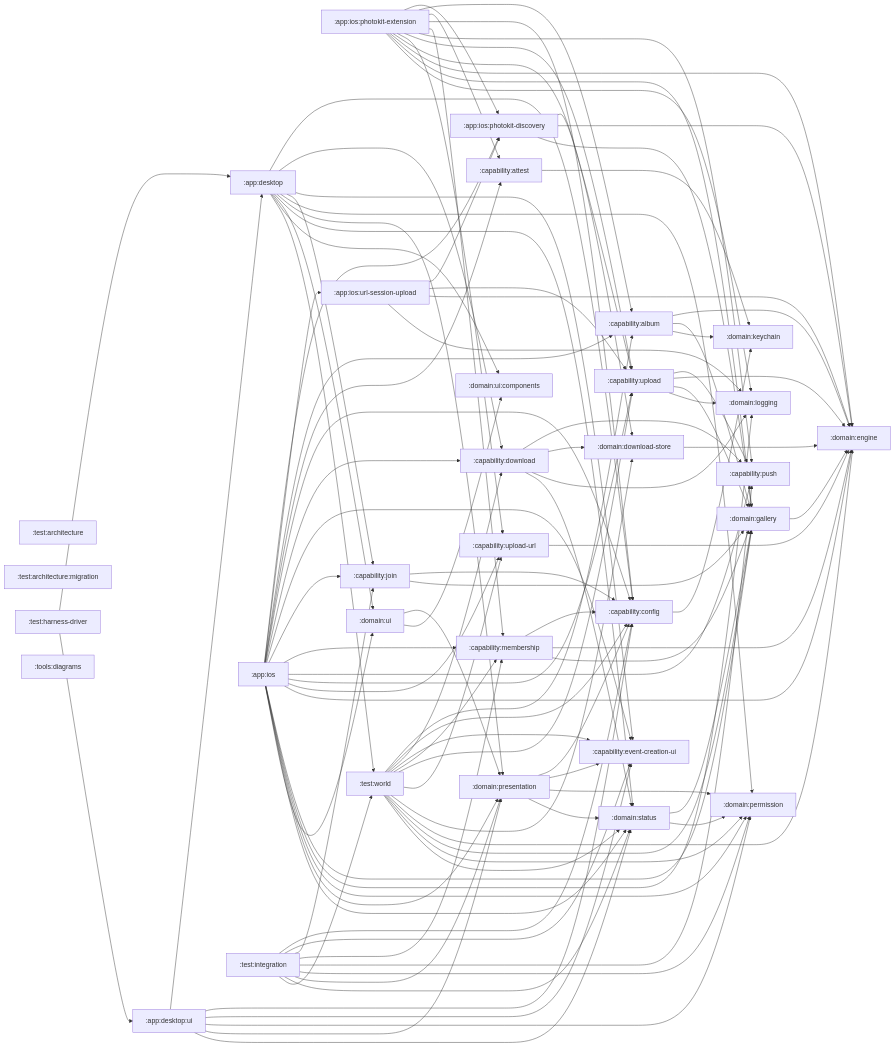
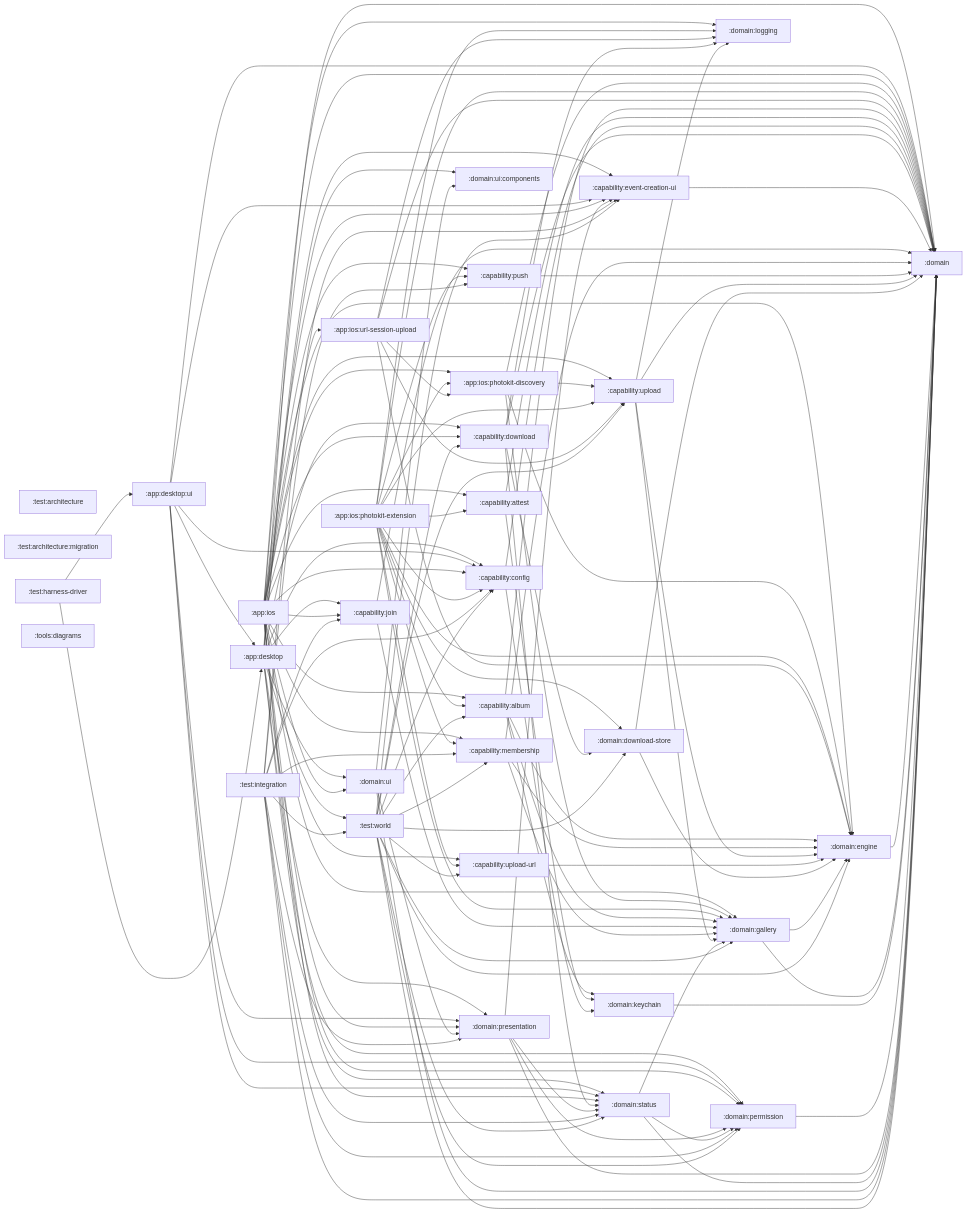
The diagram in architecture/modules.md (stefanhoelzl/SnapSync), drawn with Mermaid before and after one commit. The commit also changed 220 other files, not shown here.

First line of the commit message:
feat(architecture): migration step 3a (2/2) — the import-fix commit

```diff
--- a/architecture/modules.md
+++ b/architecture/modules.md
@@ -22,6 +22,7 @@
   capability_push[":capability:push"]
   capability_upload[":capability:upload"]
   capability_upload_url[":capability:upload-url"]
+  domain[":domain"]
   domain_download_store[":domain:download-store"]
   domain_engine[":domain:engine"]
   domain_gallery[":domain:gallery"]
@@ -42,6 +43,7 @@
   app_desktop --> capability_download
   app_desktop --> capability_event_creation_ui
   app_desktop --> capability_join
+  app_desktop --> domain
   app_desktop --> domain_permission
   app_desktop --> domain_presentation
   app_desktop --> domain_status
@@ -51,6 +53,7 @@
   app_desktop_ui --> app_desktop
   app_desktop_ui --> capability_config
   app_desktop_ui --> capability_event_creation_ui
+  app_desktop_ui --> domain
   app_desktop_ui --> domain_permission
   app_desktop_ui --> domain_presentation
   app_desktop_ui --> domain_status
@@ -66,6 +69,7 @@
   app_ios --> capability_push
   app_ios --> capability_upload
   app_ios --> capability_upload_url
+  app_ios --> domain
   app_ios --> domain_engine
   app_ios --> domain_gallery
   app_ios --> domain_logging
@@ -74,6 +78,7 @@
   app_ios --> domain_status
   app_ios --> domain_ui
   app_ios_photokit_discovery --> capability_upload
+  app_ios_photokit_discovery --> domain
   app_ios_photokit_discovery --> domain_engine
   app_ios_photokit_discovery --> domain_gallery
   app_ios_photokit_extension --> app_ios_photokit_discovery
@@ -84,41 +89,55 @@
   app_ios_photokit_extension --> capability_push
   app_ios_photokit_extension --> capability_upload
   app_ios_photokit_extension --> capability_upload_url
+  app_ios_photokit_extension --> domain
   app_ios_photokit_extension --> domain_download_store
   app_ios_photokit_extension --> domain_engine
   app_ios_photokit_extension --> domain_gallery
   app_ios_photokit_extension --> domain_logging
   app_ios_url_session_upload --> app_ios_photokit_discovery
   app_ios_url_session_upload --> capability_upload
+  app_ios_url_session_upload --> domain
   app_ios_url_session_upload --> domain_engine
   app_ios_url_session_upload --> domain_logging
+  capability_album --> domain
   capability_album --> domain_engine
   capability_album --> domain_gallery
   capability_album --> domain_keychain
+  capability_attest --> domain
   capability_attest --> domain_keychain
+  capability_config --> domain
   capability_config --> domain_keychain
-  capability_download --> capability_push
+  capability_download --> domain
   capability_download --> domain_download_store
   capability_download --> domain_logging
   capability_download --> domain_status
-  capability_join --> capability_config
+  capability_event_creation_ui --> domain
+  capability_join --> domain
   capability_join --> domain_gallery
-  capability_membership --> capability_config
+  capability_membership --> domain
   capability_membership --> domain_engine
   capability_membership --> domain_gallery
-  capability_upload --> capability_push
+  capability_push --> domain
+  capability_upload --> domain
   capability_upload --> domain_engine
   capability_upload --> domain_gallery
   capability_upload --> domain_logging
   capability_upload_url --> domain_engine
+  domain_download_store --> domain
   domain_download_store --> domain_engine
+  domain_engine --> domain
+  domain_gallery --> domain
   domain_gallery --> domain_engine
-  domain_presentation --> capability_config
+  domain_keychain --> domain
+  domain_permission --> domain
   domain_presentation --> capability_event_creation_ui
+  domain_presentation --> domain
   domain_presentation --> domain_permission
   domain_presentation --> domain_status
+  domain_status --> domain
   domain_status --> domain_gallery
   domain_status --> domain_permission
+  domain_ui --> domain
   domain_ui --> domain_presentation
   domain_ui --> domain_ui_components
   test_harness_driver --> app_desktop
@@ -128,6 +147,7 @@
   test_integration --> capability_join
   test_integration --> capability_membership
   test_integration --> capability_push
+  test_integration --> domain
   test_integration --> domain_permission
   test_integration --> domain_presentation
   test_integration --> domain_status
@@ -139,6 +159,7 @@
   test_world --> capability_membership
   test_world --> capability_upload
   test_world --> capability_upload_url
+  test_world --> domain
   test_world --> domain_download_store
   test_world --> domain_engine
   test_world --> domain_gallery
```
